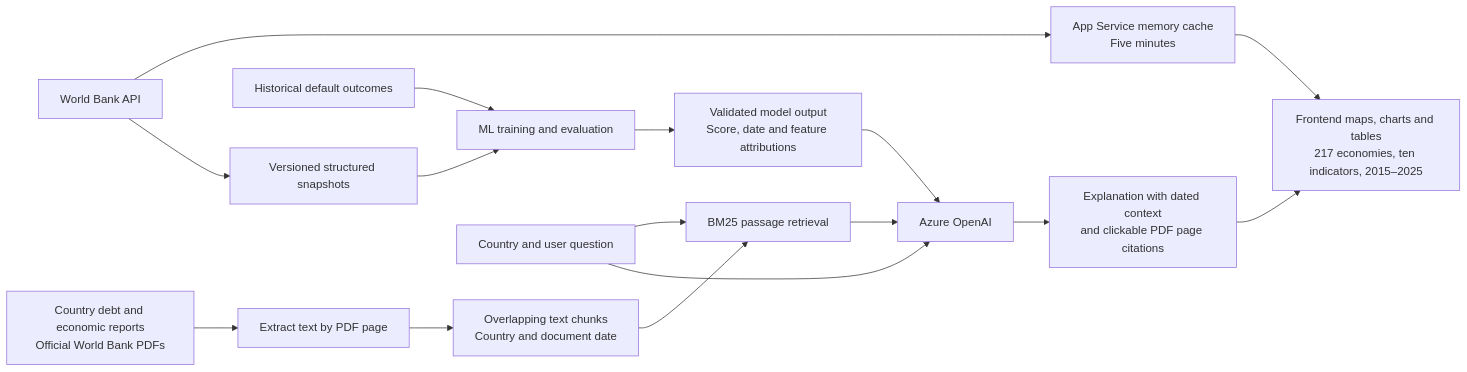
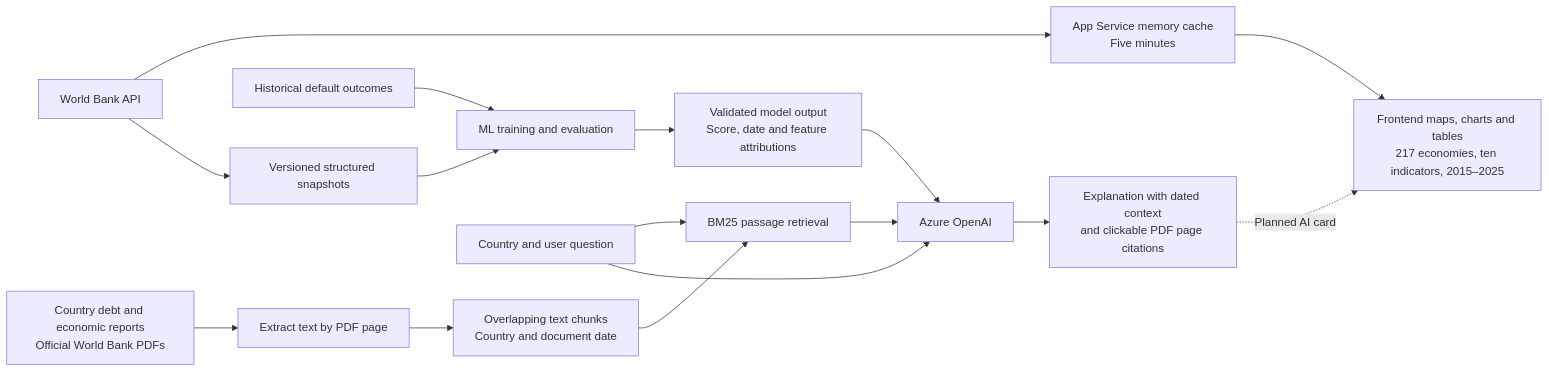
One commit to Kuppudi/sovernrisk changed the diagram in docs/RAG_ARCHITECTURE.md. Above: the diagram before and after it, drawn with Mermaid. The commit also changed other lines of this file and 12 other files, not shown here.

````diff
--- a/docs/RAG_ARCHITECTURE.md
+++ b/docs/RAG_ARCHITECTURE.md
@@ -3,18 +7,18 @@
 ```mermaid
 flowchart LR
     WB[World Bank API] --> CACHE[App Service memory cache<br/>Five minutes]
     CACHE --> UI[Frontend maps, charts and tables<br/>217 economies, ten indicators, 2015–2025]
     WB --> SNAP[Versioned structured snapshots]
     LABELS[Historical default outcomes] --> TRAIN[ML training and evaluation]
     SNAP --> TRAIN
     TRAIN --> MODEL[Validated model output<br/>Score, date and feature attributions]
     PDF[Country debt and economic reports<br/>Official World Bank PDFs] --> TEXT[Extract text by PDF page]
     TEXT --> CHUNKS[Overlapping text chunks<br/>Country and document date]
     CHUNKS --> SEARCH[BM25 passage retrieval]
     QUESTION[Country and user question] --> SEARCH
     SEARCH --> AZURE[Azure OpenAI]
     MODEL --> AZURE
     QUESTION --> AZURE
     AZURE --> ANSWER[Explanation with dated context<br/>and clickable PDF page citations]
-    ANSWER --> UI
+    ANSWER -. Planned AI card .-> UI
 ```
````
